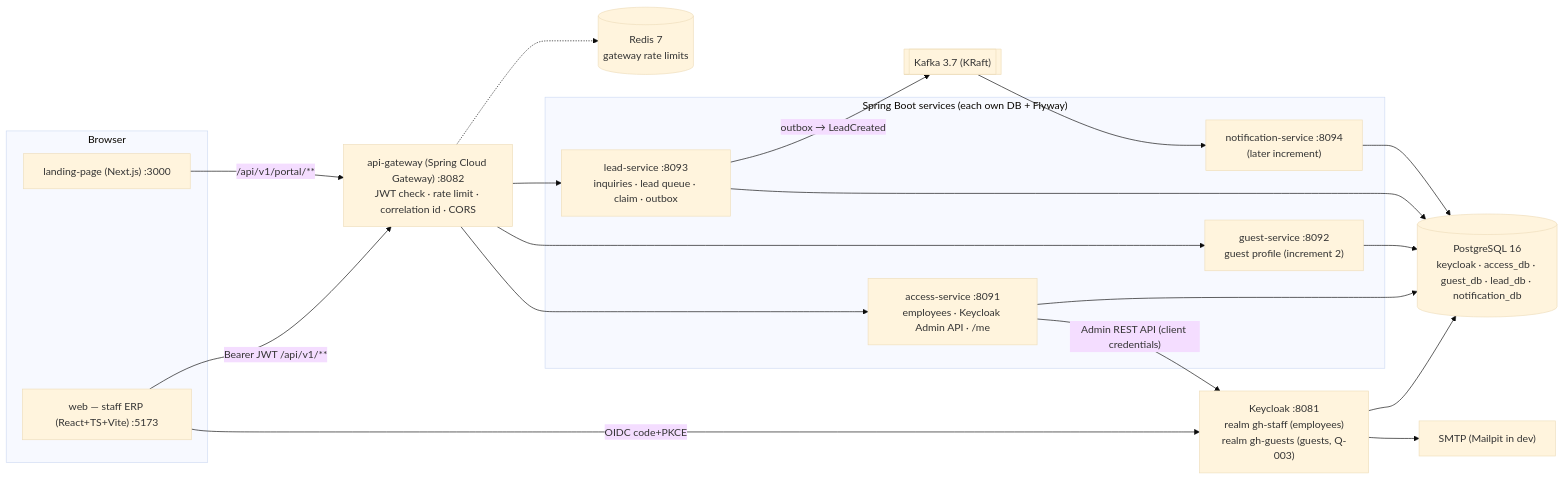
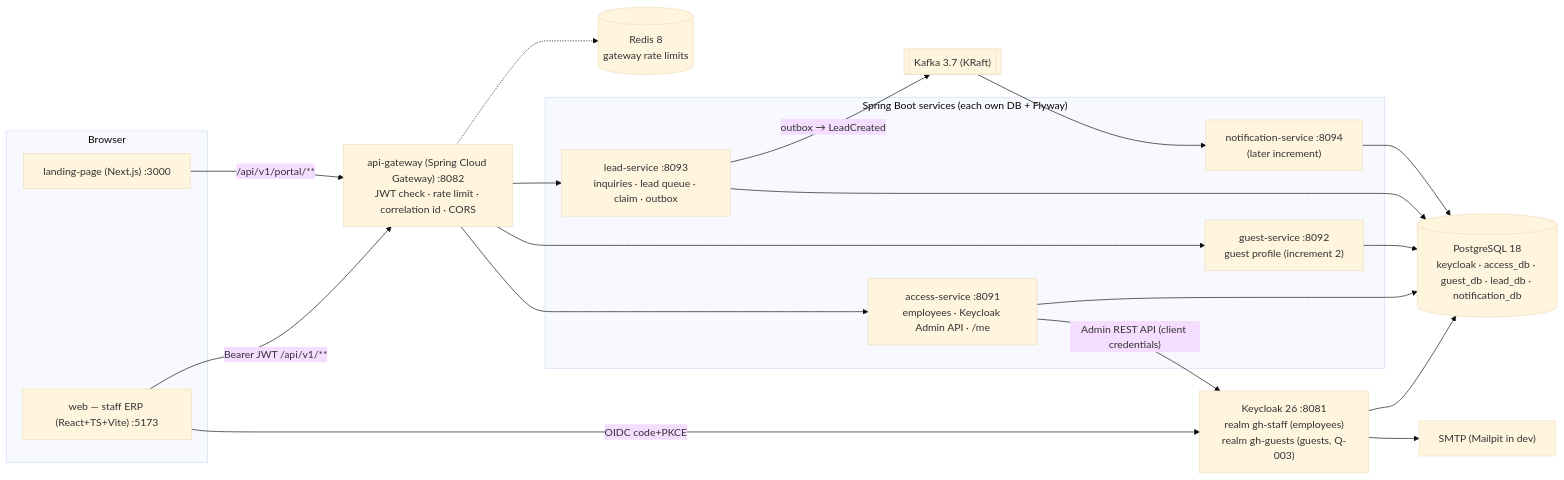
The diagram in ERP_DEV/docs/02-architecture/ARCHITECTURE.md (AshishBevinakatti/QCl_repo), drawn with Mermaid (base theme) before and after one commit. The commit also changed other lines of this file and 14 other files, not shown here.

First line of the commit message:
feat(infra): local stack and gh-staff Keycloak realm (inc 1, S1)

````diff
--- a/ERP_DEV/docs/02-architecture/ARCHITECTURE.md
+++ b/ERP_DEV/docs/02-architecture/ARCHITECTURE.md
@@ -20,30 +20,30 @@
 ```mermaid
 flowchart LR
   subgraph Browser
     LP["landing-page (Next.js) :3000"]
     WEB["web — staff ERP (React+TS+Vite) :5173"]
   end
-  KC["Keycloak :8081\nrealm gh-staff (employees)\nrealm gh-guests (guests, Q-003)"]
+  KC["Keycloak 26 :8081\nrealm gh-staff (employees)\nrealm gh-guests (guests, Q-003)"]
   GW["api-gateway (Spring Cloud Gateway) :8082\nJWT check · rate limit · correlation id · CORS"]
   subgraph Services["Spring Boot services (each own DB + Flyway)"]
     ACC["access-service :8091\nemployees · Keycloak Admin API · /me"]
     GST["guest-service :8092\nguest profile (increment 2)"]
     LEAD["lead-service :8093\ninquiries · lead queue · claim · outbox"]
     NOTI["notification-service :8094\n(later increment)"]
   end
-  PG[("PostgreSQL 16\nkeycloak · access_db · guest_db · lead_db · notification_db")]
+  PG[("PostgreSQL 18\nkeycloak · access_db · guest_db · lead_db · notification_db")]
   KAFKA[["Kafka 3.7 (KRaft)"]]
-  REDIS[("Redis 7\ngateway rate limits")]
+  REDIS[("Redis 8\ngateway rate limits")]
   SMTP["SMTP (Mailpit in dev)"]
 
   LP -- "/api/v1/portal/**" --> GW
   WEB -- "OIDC code+PKCE" --> KC
   WEB -- "Bearer JWT /api/v1/**" --> GW
   GW --> ACC & GST & LEAD
   GW -.-> REDIS
   ACC -- "Admin REST API (client credentials)" --> KC
   KC --> SMTP
   ACC & GST & LEAD & NOTI --> PG
   LEAD -- "outbox → LeadCreated" --> KAFKA --> NOTI
   KC --> PG
 ```
````
